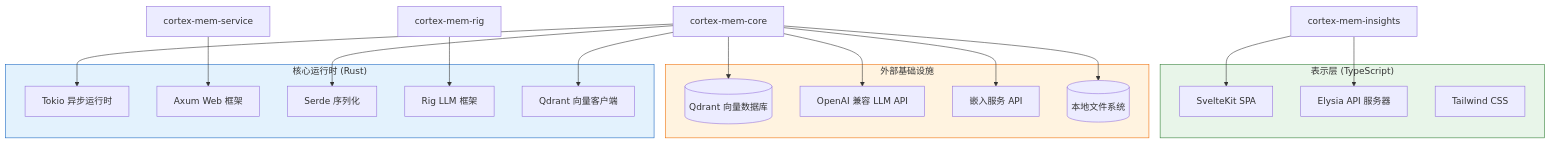
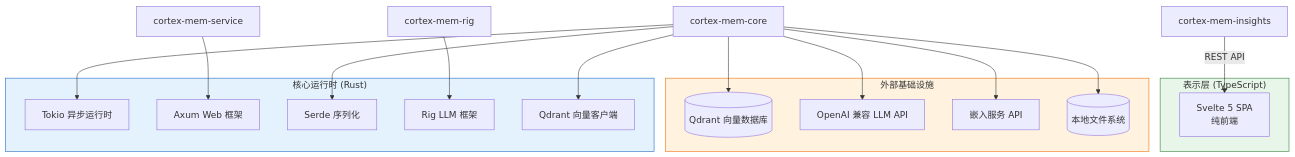
Before and after one commit to sopaco/cortex-mem: the first of 13 diagrams in litho.docs/zh/2、架构概览.md, drawn with Mermaid. The commit also changed other lines of this file and 6 other files, not shown here.

````diff
--- a/litho.docs/zh/2、架构概览.md
+++ b/litho.docs/zh/2、架构概览.md
@@ -38,41 +38,38 @@
 ```mermaid
 flowchart TB
     subgraph CoreRuntime["核心运行时 (Rust)"]
         Tokio[Tokio 异步运行时]
         Axum[Axum Web 框架]
         Serde[Serde 序列化]
         Rig[Rig LLM 框架]
         QdrantClient[Qdrant 向量客户端]
     end
     
     subgraph Presentation["表示层 (TypeScript)"]
-        Svelte[SvelteKit SPA]
-        Elysia[Elysia API 服务器]
-        Tailwind[Tailwind CSS]
+        Svelte[Svelte 5 SPA<br/>纯前端]
     end
     
     subgraph External["外部基础设施"]
         Qdrant[(Qdrant 向量数据库)]
         LLM[OpenAI 兼容 LLM API]
         Embedding[嵌入服务 API]
         FS[(本地文件系统)]
     end
     
     cortex-mem-core --> Tokio
     cortex-mem-service --> Axum
     cortex-mem-core --> Serde
     cortex-mem-rig --> Rig
     cortex-mem-core --> QdrantClient
     
-    cortex-mem-insights --> Svelte
-    cortex-mem-insights --> Elysia
+    cortex-mem-insights -->|REST API| Svelte
     
     cortex-mem-core --> Qdrant
     cortex-mem-core --> LLM
     cortex-mem-core --> Embedding
     cortex-mem-core --> FS
     
     style CoreRuntime fill:#e3f2fd,stroke:#1565c0
     style Presentation fill:#e8f5e9,stroke:#2e7d32
     style External fill:#fff3e0,stroke:#ef6c00
 ```
````
